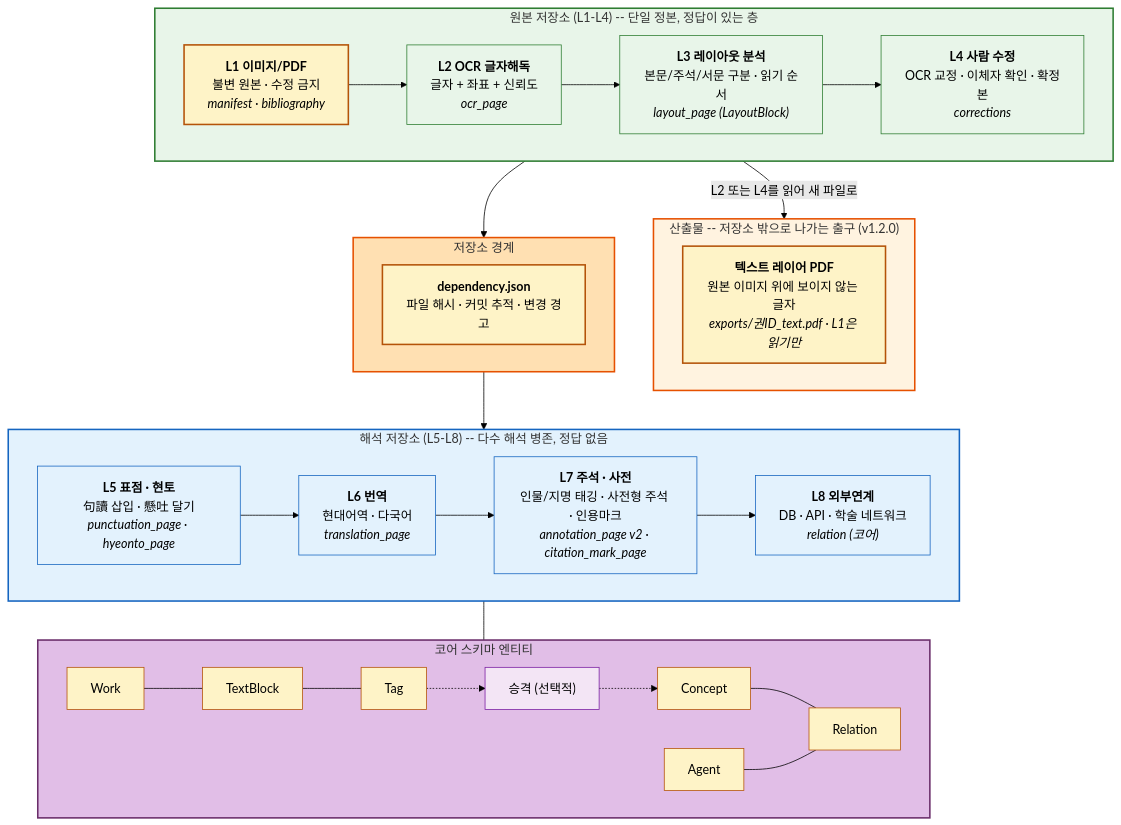
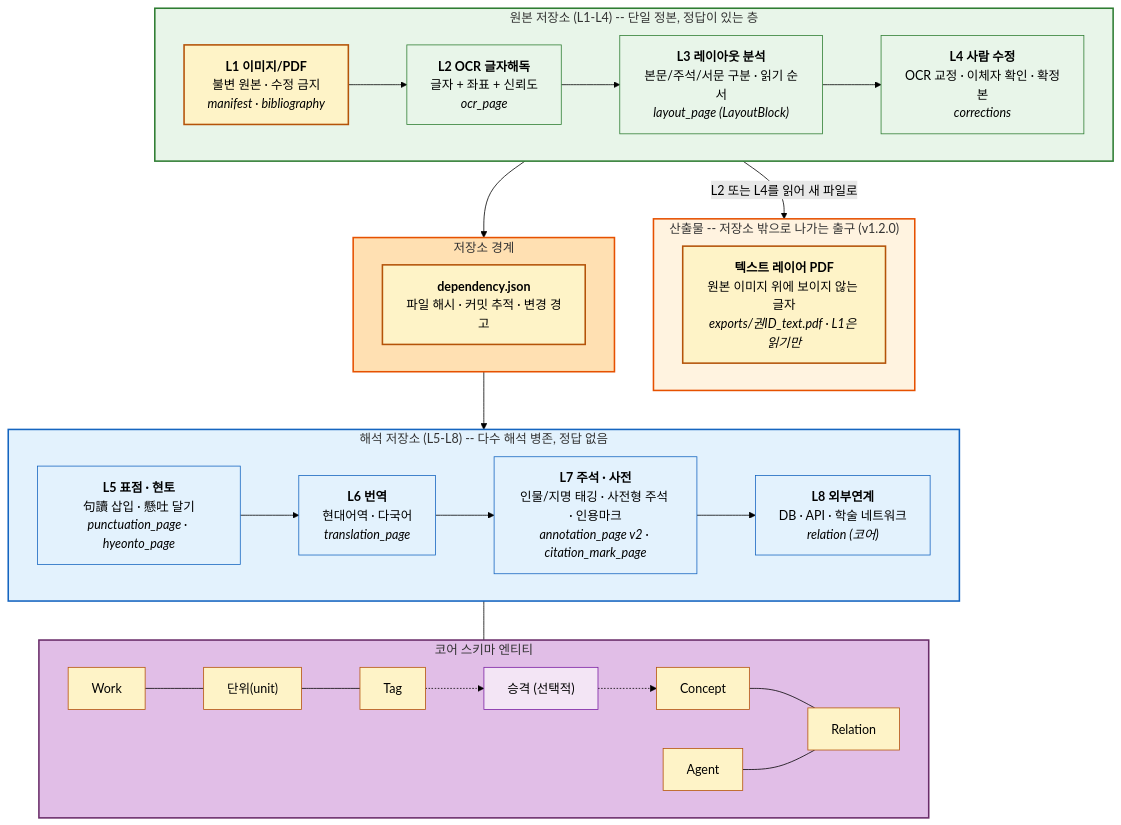
The first of 13 diagrams in docs/architecture-diagrams.md (hw725/classical-text-browser), drawn with Mermaid (forest theme) before and after one commit. The commit also changed other lines of this file and 37 other files, not shown here.

````diff
--- a/docs/architecture-diagrams.md
+++ b/docs/architecture-diagrams.md
@@ -32,69 +32,69 @@
 ```mermaid
 flowchart TB
     subgraph SOURCE["원본 저장소 (L1-L4) -- 단일 정본, 정답이 있는 층"]
         direction LR
         L1["<b>L1 이미지/PDF</b><br/>불변 원본 · 수정 금지<br/><i>manifest · bibliography</i>"]
         L2["<b>L2 OCR 글자해독</b><br/>글자 + 좌표 + 신뢰도<br/><i>ocr_page</i>"]
         L3["<b>L3 레이아웃 분석</b><br/>본문/주석/서문 구분 · 읽기 순서<br/><i>layout_page (LayoutBlock)</i>"]
         L4["<b>L4 사람 수정</b><br/>OCR 교정 · 이체자 확인 · 확정본<br/><i>corrections</i>"]
         L1 --> L2 --> L3 --> L4
     end
 
     subgraph OUT["산출물 -- 저장소 밖으로 나가는 출구 (v1.2.0)"]
         EXPDF["<b>텍스트 레이어 PDF</b><br/>원본 이미지 위에 보이지 않는 글자<br/><i>exports/권ID_text.pdf · L1은 읽기만</i>"]
     end
 
     subgraph BOUNDARY["저장소 경계"]
         DEP["<b>dependency.json</b><br/>파일 해시 · 커밋 추적 · 변경 경고"]
     end
 
     subgraph INTERP["해석 저장소 (L5-L8) -- 다수 해석 병존, 정답 없음"]
         direction LR
         L5["<b>L5 표점 · 현토</b><br/>句讀 삽입 · 懸吐 달기<br/><i>punctuation_page · hyeonto_page</i>"]
         L6["<b>L6 번역</b><br/>현대어역 · 다국어<br/><i>translation_page</i>"]
         L7["<b>L7 주석 · 사전</b><br/>인물/지명 태깅 · 사전형 주석 · 인용마크<br/><i>annotation_page v2 · citation_mark_page</i>"]
         L8["<b>L8 외부연계</b><br/>DB · API · 학술 네트워크<br/><i>relation (코어)</i>"]
         L5 --> L6 --> L7 --> L8
     end
 
     subgraph CORE["코어 스키마 엔티티"]
         Work["Work"]
-        TextBlock["TextBlock"]
+        Unit["단위(unit)"]
         Tag["Tag"]
         PROMO["승격 (선택적)"]
         Concept["Concept"]
         Agent["Agent"]
         Relation["Relation"]
-        Work --- TextBlock --- Tag
+        Work --- Unit --- Tag
         Tag -.-> PROMO -.-> Concept
         Concept --- Relation
         Agent --- Relation
     end
 
     SOURCE --> BOUNDARY --> INTERP
     INTERP --- CORE
     SOURCE -->|"L2 또는 L4를 읽어 새 파일로"| OUT
 
     style OUT fill:#fff3e0,stroke:#e65100,stroke-width:2px
     style EXPDF fill:#fef3c7,stroke:#b45309,stroke-width:2px
     style SOURCE fill:#e8f5e9,stroke:#2e7d32,stroke-width:2px
     style L1 fill:#fef3c7,stroke:#b45309,stroke-width:2px
     style L2 fill:#e8f5e9,stroke:#2e7d32
     style L3 fill:#e8f5e9,stroke:#2e7d32
     style L4 fill:#e8f5e9,stroke:#2e7d32
     style BOUNDARY fill:#ffe0b2,stroke:#e65100,stroke-width:2px
     style DEP fill:#fef3c7,stroke:#b45309,stroke-width:2px
     style INTERP fill:#e3f2fd,stroke:#1565c0,stroke-width:2px
     style L5 fill:#e3f2fd,stroke:#1565c0
     style L6 fill:#e3f2fd,stroke:#1565c0
     style L7 fill:#e3f2fd,stroke:#1565c0
     style L8 fill:#e3f2fd,stroke:#1565c0
     style CORE fill:#e1bee7,stroke:#6a2d6a,stroke-width:2px
     style Work fill:#fef3c7,stroke:#b45309
-    style TextBlock fill:#fef3c7,stroke:#b45309
+    style Unit fill:#fef3c7,stroke:#b45309
     style Tag fill:#fef3c7,stroke:#b45309
     style Concept fill:#fef3c7,stroke:#b45309
     style Agent fill:#fef3c7,stroke:#b45309
     style Relation fill:#fef3c7,stroke:#b45309
     style PROMO fill:#f3e5f5,stroke:#7b1fa2
 ```
````
